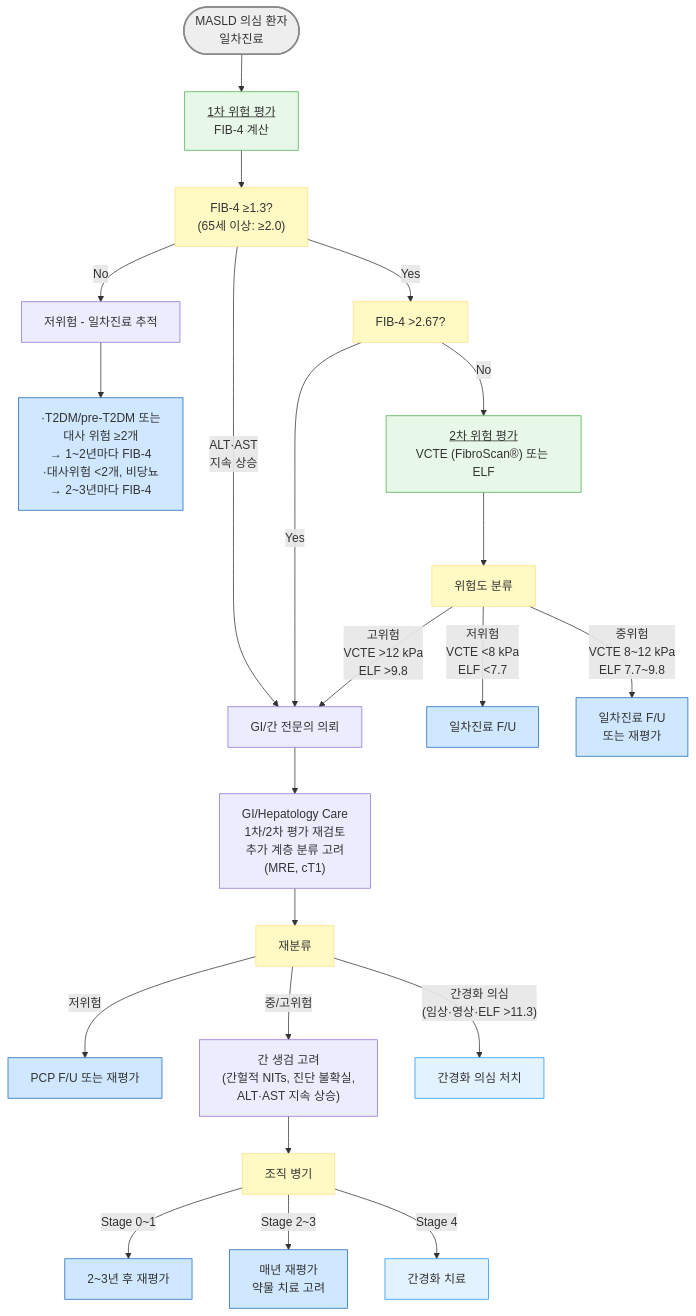
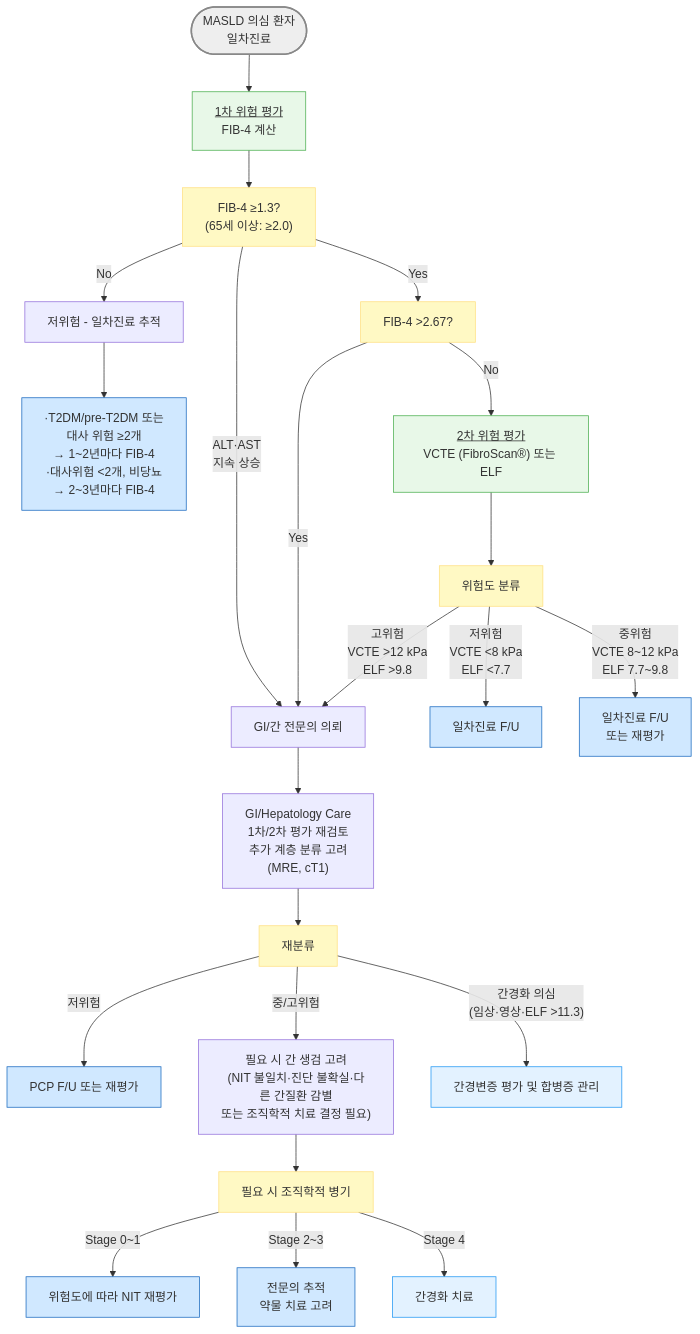
The diagram in 224_/093_-nafld.md (familyoh77/familyoh77), drawn with Mermaid before and after one commit. The commit also changed other lines of this file and 4 other files, not shown here.

````diff
--- a/224_/093_-nafld.md
+++ b/224_/093_-nafld.md
@@ -198,34 +199,34 @@
 ```mermaid
 flowchart TD
     A([MASLD 의심 환자<br/>일차진료]) --> B["<u>1차 위험 평가</u><br/>FIB-4 계산"]
     B --> C["FIB-4 ≥1.3?<br/>(65세 이상: ≥2.0)"]
     C -->|No| D["저위험 - 일차진료 추적"]
     D --> D2["·T2DM/pre-T2DM 또는 <br/>대사 위험 ≥2개<br/>→ 1~2년마다 FIB-4<br/>·대사위험 &lt;2개, 비당뇨<br/>→ 2~3년마다 FIB-4"]
     C -->|Yes| E["FIB-4 >2.67?"]
     C -->|"ALT·AST<br/>지속 상승"| G
     E -->|Yes| G["GI/간 전문의 의뢰"]
     E -->|No| F["<u>2차 위험 평가</u><br/>VCTE (FibroScan®) 또는 ELF"]
     F --> H["위험도 분류"]
     H -->|"저위험<br/>VCTE &lt;8 kPa<br/>ELF &lt;7.7"| I["일차진료 F/U"]
     H -->|"중위험<br/>VCTE 8~12 kPa<br/>ELF 7.7~9.8"| J["일차진료 F/U<br/>또는 재평가"]
     H -->|"고위험<br/>VCTE >12 kPa<br/>ELF >9.8"| G
     G --> K["GI/Hepatology Care<br/>1차/2차 평가 재검토<br/>추가 계층 분류 고려<br/> (MRE, cT1)"]
     K --> L["재분류"]
     L -->|저위험| M["PCP F/U 또는 재평가"]
-    L -->|"중/고위험"| N["간 생검 고려<br/>(간헐적 NITs, 진단 불확실,<br/>ALT·AST 지속 상승)"]
-    L -->|"간경화 의심<br/>(임상·영상·ELF >11.3)"| O["간경화 의심 처치"]
-    N --> P["조직 병기"]
-    P -->|"Stage 0~1"| Q["2~3년 후 재평가"]
-    P -->|"Stage 2~3"| R["매년 재평가<br/>약물 치료 고려"]
+    L -->|"중/고위험"| N["필요 시 간 생검 고려<br/>(NIT 불일치·진단 불확실·다른 간질환 감별<br/>또는 조직학적 치료 결정 필요)"]
+    L -->|"간경화 의심<br/>(임상·영상·ELF >11.3)"| O["간경변증 평가 및 합병증 관리"]
+    N --> P["필요 시 조직학적 병기"]
+    P -->|"Stage 0~1"| Q["위험도에 따라 NIT 재평가"]
+    P -->|"Stage 2~3"| R["전문의 추적<br/>약물 치료 고려"]
     P -->|"Stage 4"| S["간경화 치료"]
 
 style A fill:#eeeeee,stroke:#888888,stroke-width:2px
 classDef yellow fill:#fff9c4,stroke:#ffe082
 class C,E,H,L,P yellow
 classDef lightGreen fill:#e8f8e8,stroke:#4caf50
 class B,F lightGreen
 classDef blue fill:#d0e8ff,stroke:#1a6abf
 class D2,I,J,M,Q,R blue
 classDef sky fill:#e3f2ff,stroke:#2196f3
 class S,O sky
 ```
````
